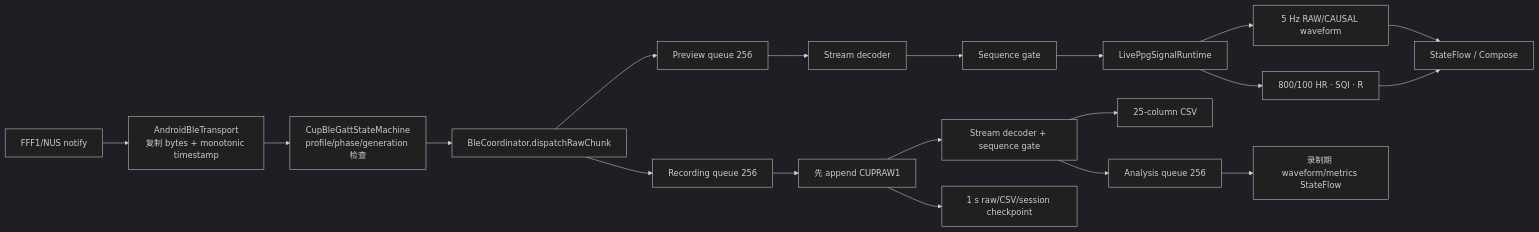
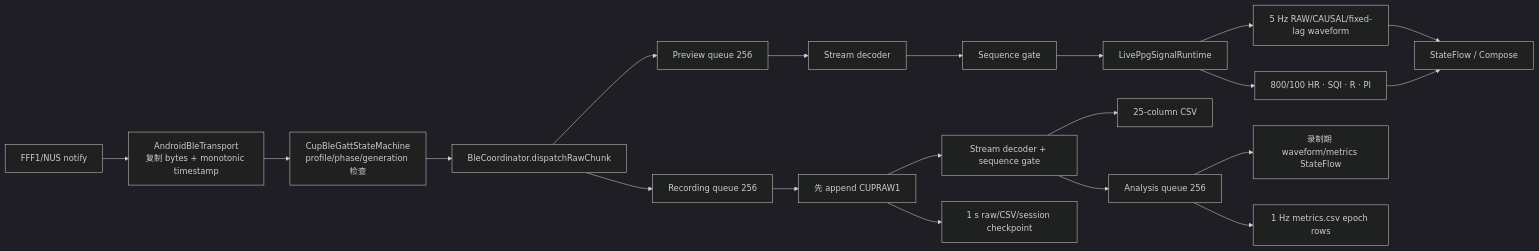
The diagram in REALTIME_AND_STORAGE.md (easonYi991122/PPGCollector_Android), drawn with Mermaid (dark theme) before and after one commit. The commit also changed other lines of this file and 28 other files, not shown here.

Commit message:
feat(M7.2): align live PI metrics and fixed-lag PPG display

````diff
--- a/REALTIME_AND_STORAGE.md
+++ b/REALTIME_AND_STORAGE.md
@@ -18,23 +18,24 @@
 ```mermaid
 flowchart LR
     A["FFF1/NUS notify"] --> B["AndroidBleTransport\n复制 bytes + monotonic timestamp"]
     B --> C["CupBleGattStateMachine\nprofile/phase/generation 检查"]
     C --> D["BleCoordinator.dispatchRawChunk"]
 
     D --> P1["Preview queue 256"]
     P1 --> P2["Stream decoder"]
     P2 --> P3["Sequence gate"]
     P3 --> P4["LivePpgSignalRuntime"]
-    P4 --> P5["5 Hz RAW/CAUSAL waveform"]
-    P4 --> P6["800/100 HR · SQI · R"]
+    P4 --> P5["5 Hz RAW/CAUSAL/fixed-lag waveform"]
+    P4 --> P6["800/100 HR · SQI · R · PI"]
     P5 --> UI["StateFlow / Compose"]
     P6 --> UI
 
     D --> R1["Recording queue 256"]
     R1 --> R2["先 append CUPRAW1"]
     R2 --> R3["Stream decoder + sequence gate"]
     R3 --> R4["25-column CSV"]
     R3 --> R5["Analysis queue 256"]
     R5 --> R6["录制期 waveform/metrics StateFlow"]
+    R5 --> R8["1 Hz metrics.csv epoch rows"]
     R2 --> R7["1 s raw/CSV/session checkpoint"]
 ```
````
